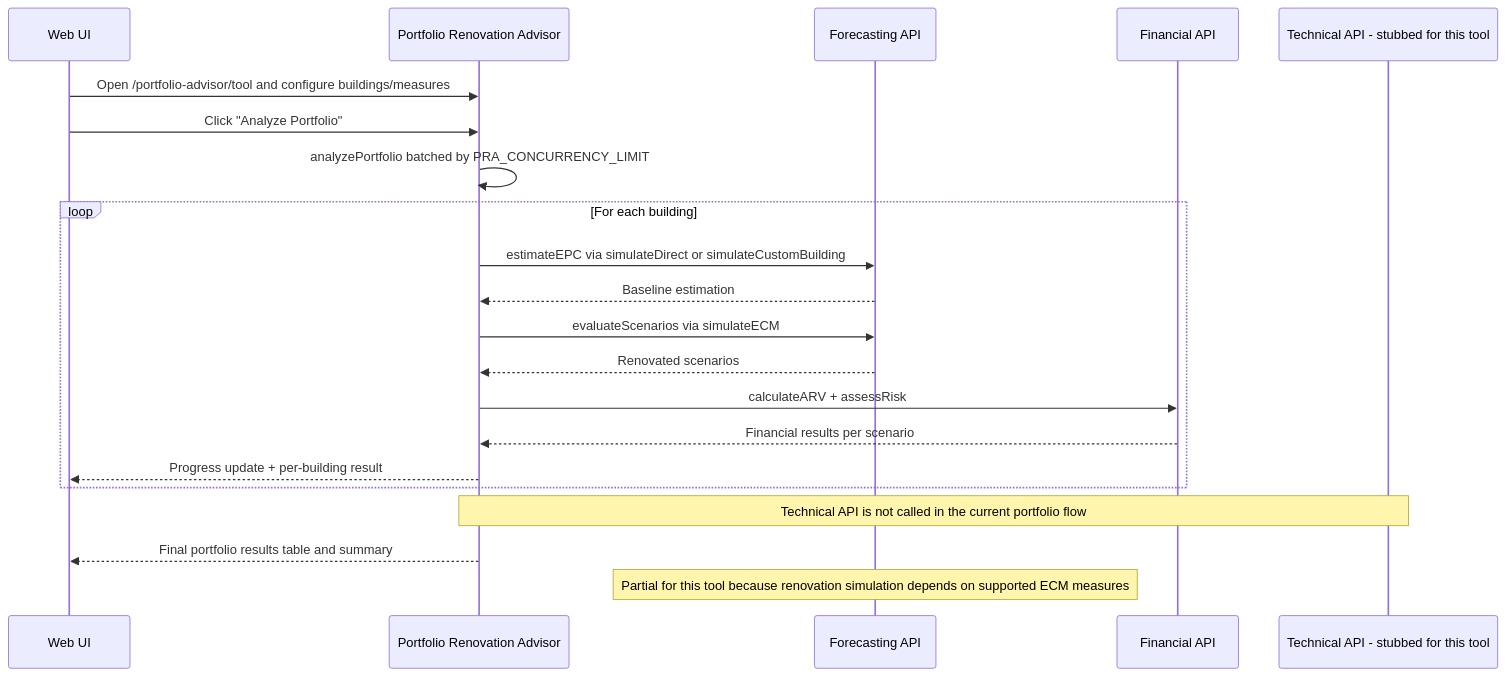
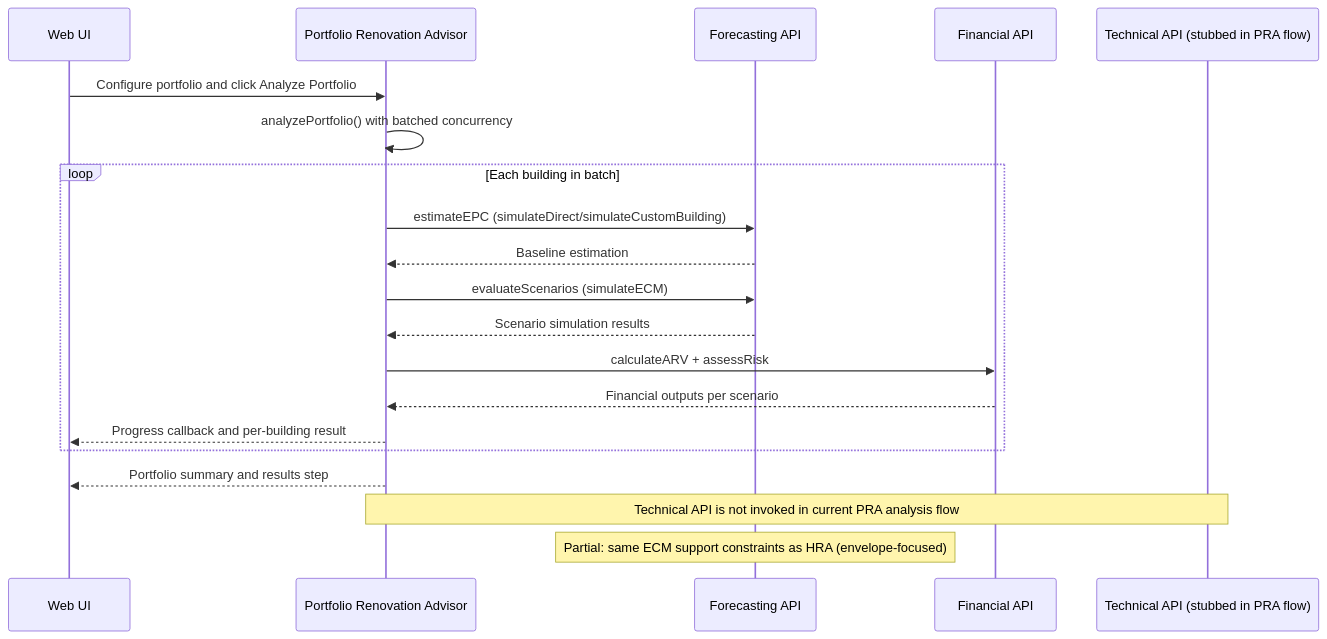
One commit to ReLIFE-Project-EU/relife-web-ui changed the second of 3 diagrams in README.md. Above: the diagram before and after it, drawn with Mermaid. The commit also changed other lines of this file and 1 other file, not shown here.

Commit message:
📝 Revise README and SKILL.md for clarity on tool sequences and implementation status

````diff
--- a/README.md
+++ b/README.md
@@ -60,27 +67,23 @@
 ```mermaid
 sequenceDiagram
     participant UI as Web UI
     participant PRA as Portfolio Renovation Advisor
     participant FCAST as Forecasting API
     participant FIN as Financial API
-    participant TECH as Technical API - stubbed for this tool
+    participant TECH as Technical API (stubbed in PRA flow)
 
-    UI->>PRA: Open /portfolio-advisor/tool and configure buildings/measures
-    UI->>PRA: Click "Analyze Portfolio"
-    PRA->>PRA: analyzePortfolio batched by PRA_CONCURRENCY_LIMIT
-
-    loop For each building
-      PRA->>FCAST: estimateEPC via simulateDirect or simulateCustomBuilding
+    UI->>PRA: Configure portfolio and click Analyze Portfolio
+    PRA->>PRA: analyzePortfolio() with batched concurrency
+    loop Each building in batch
+      PRA->>FCAST: estimateEPC (simulateDirect/simulateCustomBuilding)
       FCAST-->>PRA: Baseline estimation
-      PRA->>FCAST: evaluateScenarios via simulateECM
-      FCAST-->>PRA: Renovated scenarios
+      PRA->>FCAST: evaluateScenarios (simulateECM)
+      FCAST-->>PRA: Scenario simulation results
       PRA->>FIN: calculateARV + assessRisk
-      FIN-->>PRA: Financial results per scenario
-      PRA-->>UI: Progress update + per-building result
+      FIN-->>PRA: Financial outputs per scenario
+      PRA-->>UI: Progress callback and per-building result
     end
-
-    Note over PRA,TECH: Technical API is not called in the current portfolio flow
-    PRA-->>UI: Final portfolio results table and summary
-
-    Note over FCAST: Partial for this tool because renovation simulation depends on supported ECM measures
+    PRA-->>UI: Portfolio summary and results step
+    Note over PRA,TECH: Technical API is not invoked in current PRA analysis flow
+    Note over FCAST: Partial: same ECM support constraints as HRA (envelope-focused)
 ```
````
